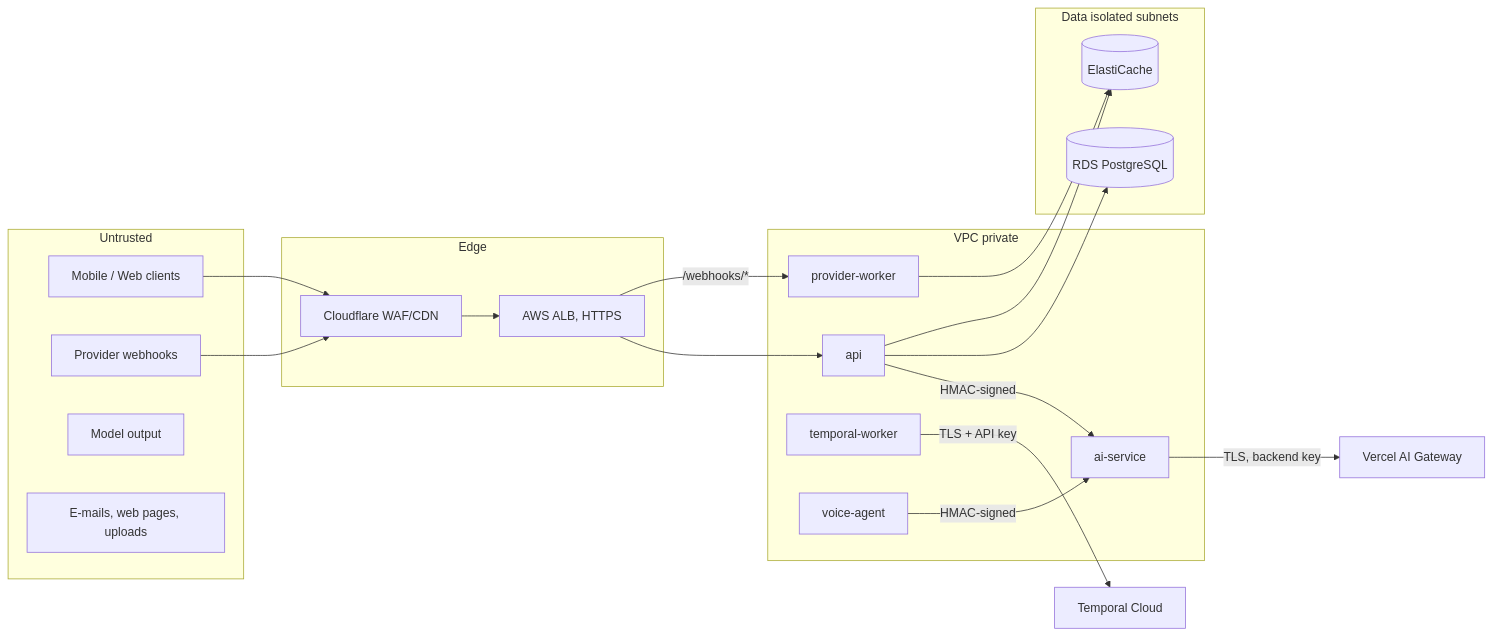
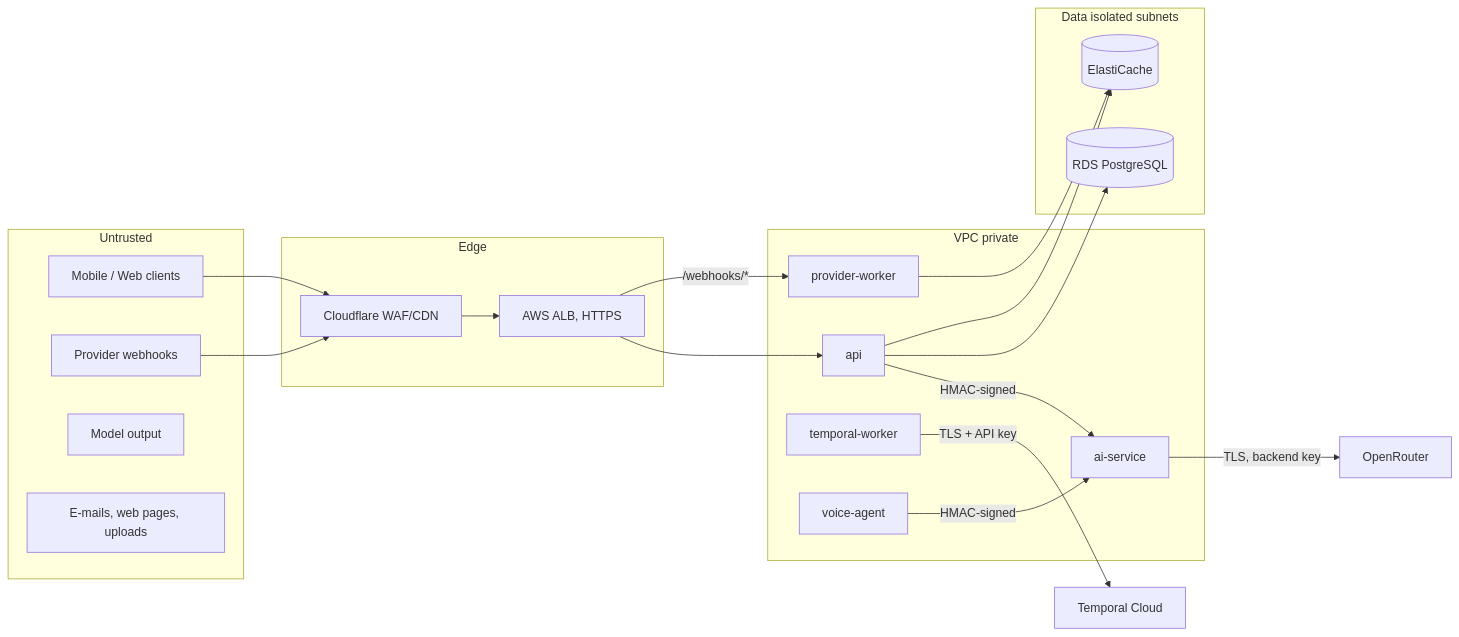
One commit to arvindydv/KAREN changed the diagram in docs/security/threat-model.md. Above: the diagram before and after it, drawn with Mermaid. The commit also changed 373 other files, not shown here.

First line of the commit message:
feat(phase-02): conversations, streaming chat, OpenRouter gateway and voice (snapshot)

````diff
--- a/docs/security/threat-model.md
+++ b/docs/security/threat-model.md
@@ -9,21 +9,21 @@
 ```mermaid
 flowchart LR
   subgraph Untrusted
     U[Mobile / Web clients]; EXT[Provider webhooks]; LLM[Model output]; CONTENT[E-mails, web pages, uploads]
   end
   subgraph Edge
     CF[Cloudflare WAF/CDN] --> ALB[AWS ALB, HTTPS]
   end
   subgraph VPC private
     API[api]; PW[provider-worker]; AI[ai-service]; TW[temporal-worker]; VA[voice-agent]
   end
   subgraph Data isolated subnets
     PG[(RDS PostgreSQL)]; R[(ElastiCache)]
   end
   U --> CF; EXT --> CF
   ALB --> API; ALB -->|/webhooks/*| PW
   API -->|HMAC-signed| AI; VA -->|HMAC-signed| AI
-  AI -->|TLS, backend key| GW[Vercel AI Gateway]
+  AI -->|TLS, backend key| GW[OpenRouter]
   TW -->|TLS + API key| TC[Temporal Cloud]
   API --> PG; API --> R; PW --> R
 ```
````
